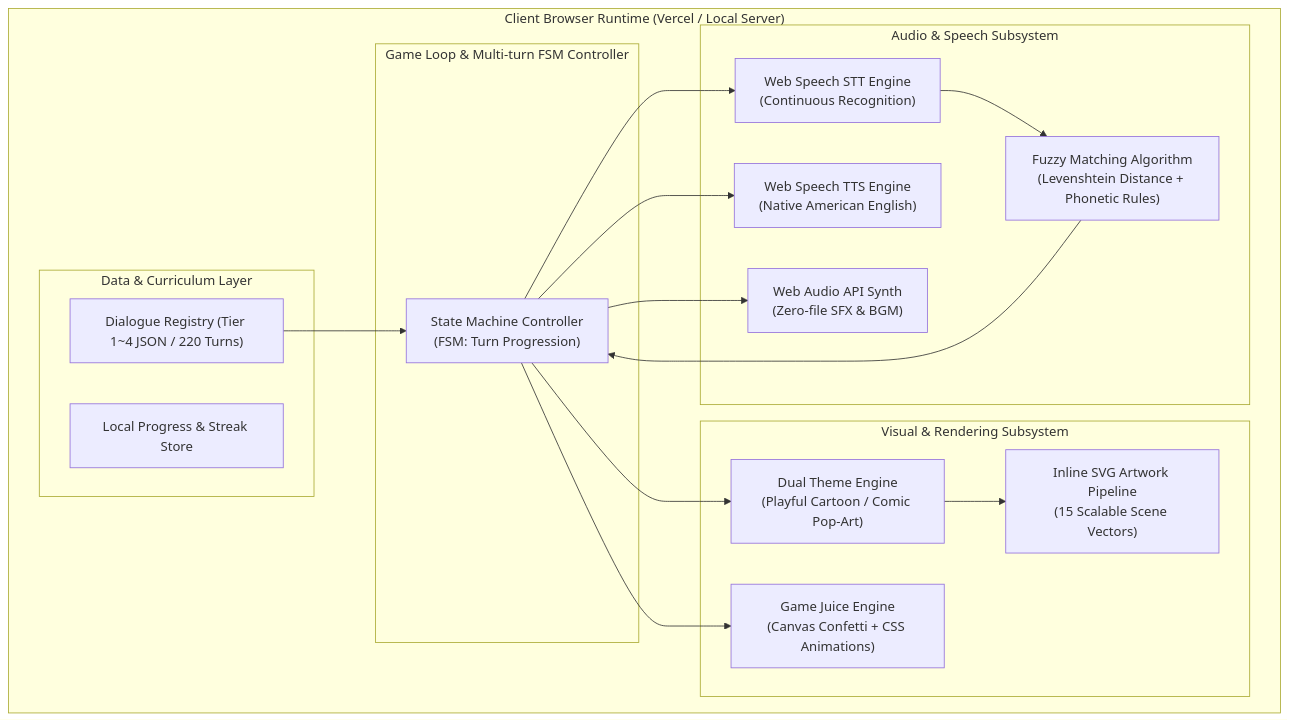
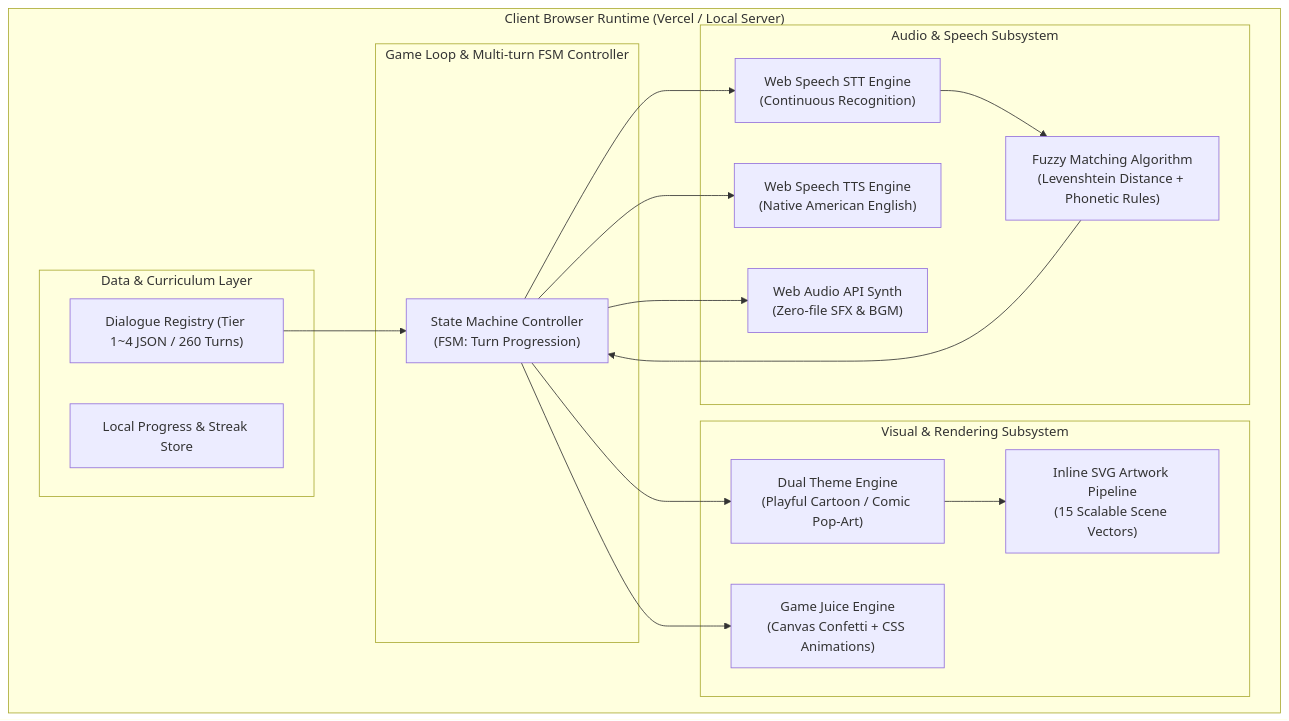
The first of 2 diagrams in DETAILED_SPECIFICATION.md (headshoulder51204/english_g_multiturn), drawn with Mermaid before and after one commit. The commit also changed other lines of this file and 7 other files, not shown here.

````diff
--- a/DETAILED_SPECIFICATION.md
+++ b/DETAILED_SPECIFICATION.md
@@ -13,36 +13,36 @@
 ```mermaid
 flowchart TD
     subgraph Client ["Client Browser Runtime (Vercel / Local Server)"]
         subgraph FSM ["Game Loop & Multi-turn FSM Controller"]
             StateMgr["State Machine Controller<br/>(FSM: Turn Progression)"]
         end
 
         subgraph AudioSubsystem ["Audio & Speech Subsystem"]
             STT["Web Speech STT Engine<br/>(Continuous Recognition)"]
             FuzzyMatch["Fuzzy Matching Algorithm<br/>(Levenshtein Distance + Phonetic Rules)"]
             TTS["Web Speech TTS Engine<br/>(Native American English)"]
             SynthAudio["Web Audio API Synth<br/>(Zero-file SFX & BGM)"]
         end
 
         subgraph RenderSubsystem ["Visual & Rendering Subsystem"]
             ThemeEngine["Dual Theme Engine<br/>(Playful Cartoon / Comic Pop-Art)"]
             SVGRenderer["Inline SVG Artwork Pipeline<br/>(15 Scalable Scene Vectors)"]
             JuiceEngine["Game Juice Engine<br/>(Canvas Confetti + CSS Animations)"]
         end
 
         subgraph DataLayer ["Data & Curriculum Layer"]
-            ScenarioData["Dialogue Registry (Tier 1~4 JSON / 220 Turns)"]
+            ScenarioData["Dialogue Registry (Tier 1~4 JSON / 260 Turns)"]
             UserProgress["Local Progress & Streak Store"]
         end
     end
 
     StateMgr --> STT
     STT --> FuzzyMatch
     FuzzyMatch --> StateMgr
     StateMgr --> TTS
     StateMgr --> SynthAudio
     StateMgr --> ThemeEngine
     ThemeEngine --> SVGRenderer
     StateMgr --> JuiceEngine
     ScenarioData --> StateMgr
 ```
````
